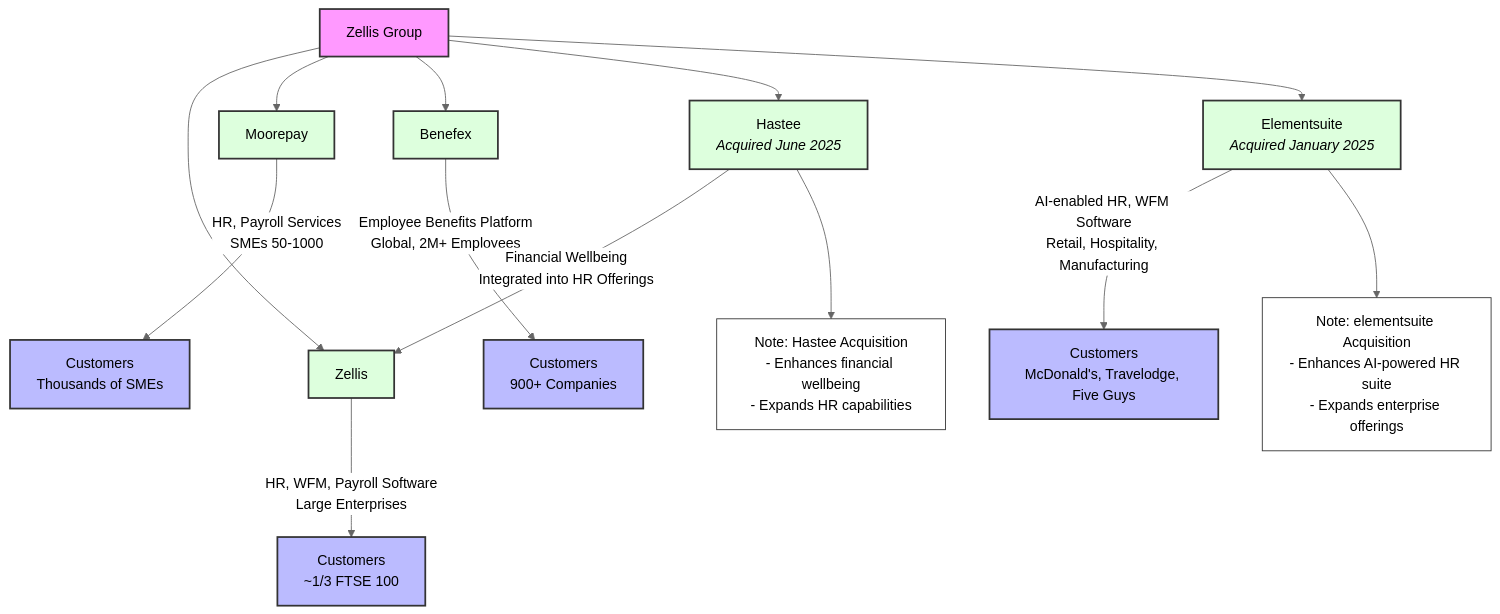
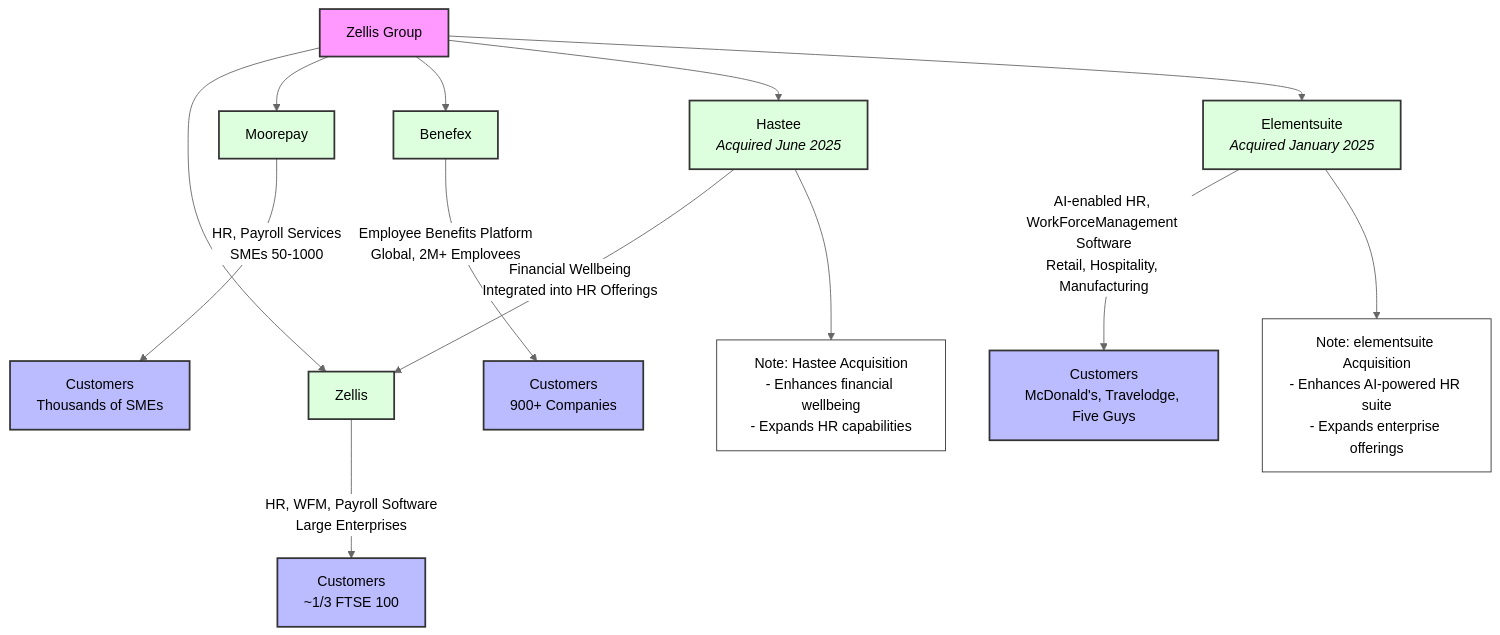
One commit to typedpath/myinterviewprep changed the first of 3 diagrams in Zellis/README.MD. Above: the diagram before and after it, drawn with Mermaid (neutral theme). The commit also changed other lines of this file and 3 other files, not shown here.

````diff
--- a/Zellis/README.MD
+++ b/Zellis/README.MD
@@ -9,30 +9,30 @@
 ```mermaid
 graph TD
 A[Zellis Group] --> B[Zellis]
 A --> C[Moorepay]
 A --> D[Benefex]
 A --> E[Hastee<br/><i>Acquired June 2025</i>]
 A --> J[Elementsuite<br/><i>Acquired January 2025</i>]
 
     B -->|HR, WFM, Payroll Software<br/>Large Enterprises| F[Customers<br/>~1/3 FTSE 100]
     C -->|HR, Payroll Services<br/>SMEs 50-1000| G[Customers<br/>Thousands of SMEs]
     D -->|Employee Benefits Platform<br/>Global, 2M+ Employees| H[Customers<br/>900+ Companies]
     E -->|Financial Wellbeing<br/>Integrated into HR Offerings| B
-    J -->|AI-enabled HR, WFM Software<br/>Retail, Hospitality, Manufacturing| K[Customers<br/>McDonald's, Travelodge, Five Guys]
+    J -->|AI-enabled HR, WorkForceManagement Software<br/>Retail, Hospitality, Manufacturing| K[Customers<br/>McDonald's, Travelodge, Five Guys]
 
     %% Note about Hastee
     E --> I[Note: Hastee Acquisition<br/>- Enhances financial wellbeing<br/>- Expands HR capabilities]
 
     %% Note about elementsuite
     J --> L[Note: elementsuite Acquisition<br/>- Enhances AI-powered HR suite<br/>- Expands enterprise offerings]
 
     %% Styling
     classDef parent fill:#f9f,stroke:#333,stroke-width:2px;
     class A parent;
     classDef business fill:#dfd,stroke:#333,stroke-width:2px;
     class B,C,D,E,J business;
     classDef customer fill:#bbf,stroke:#333,stroke-width:2px;
     class F,G,H,K customer;
     classDef note fill:#fff,stroke:#333,stroke-width:1px;
     class I,L note;
 ```
````
